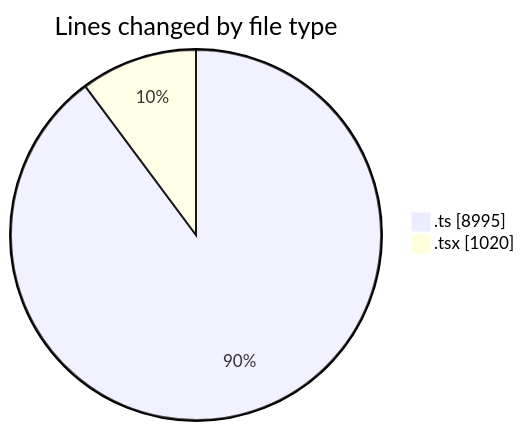
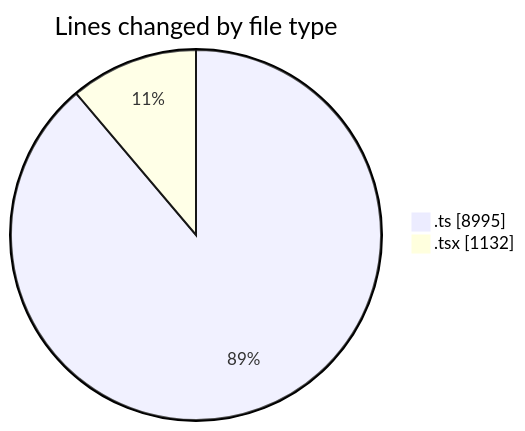
The first of 2 diagrams in 2025-07-14/cda/README.md (momahboobian/code-tracking), drawn with Mermaid before and after one commit. The commit also changed other lines of this file and 1 other file, not shown here.

````diff
--- a/2025-07-14/cda/README.md
+++ b/2025-07-14/cda/README.md
@@ -27,6 +28,6 @@
 ```mermaid
 pie showData
 title Lines changed by file type
 ".ts" : 8995
-".tsx" : 1020
+".tsx" : 1132
 ```
````
